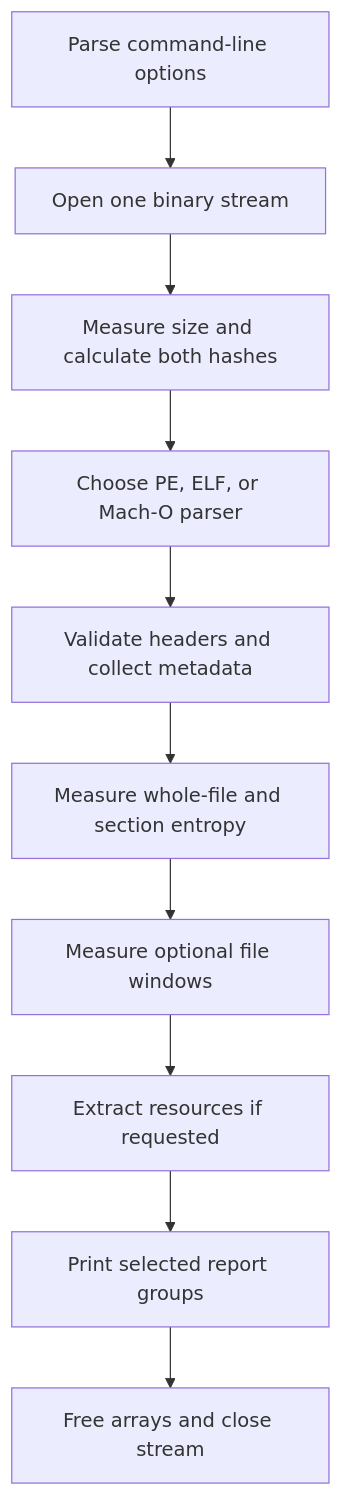
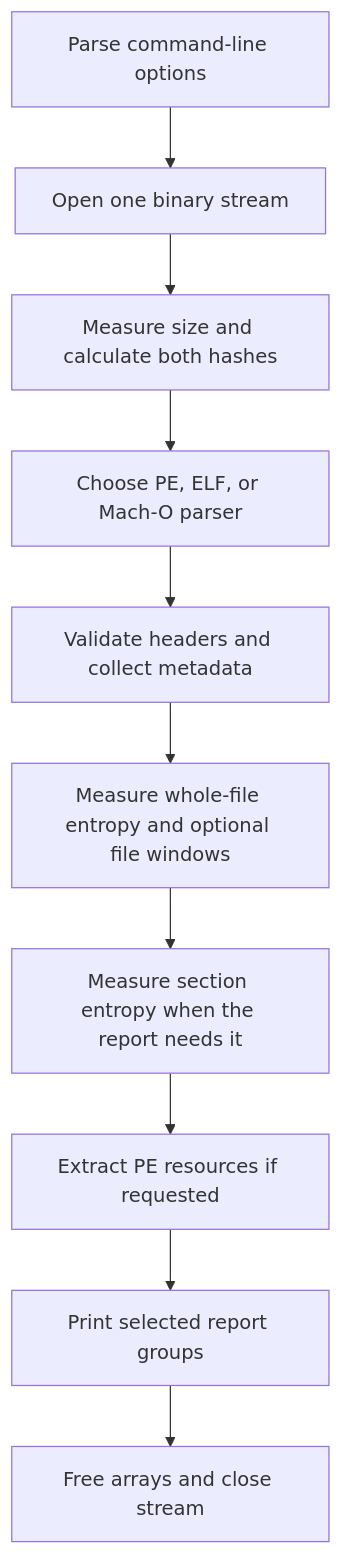
The diagram in docs/SOURCE_GUIDE.md (jerryrw/coffin), drawn with Mermaid before and after one commit. The commit also changed other lines of this file and 4 other files, not shown here.

````diff
--- a/docs/SOURCE_GUIDE.md
+++ b/docs/SOURCE_GUIDE.md
@@ -41,12 +41,12 @@
 ```mermaid
 flowchart TD
     A[Parse command-line options] --> B[Open one binary stream]
     B --> C[Measure size and calculate both hashes]
     C --> D[Choose PE, ELF, or Mach-O parser]
     D --> E[Validate headers and collect metadata]
-    E --> F[Measure whole-file and section entropy]
-    F --> G[Measure optional file windows]
-    G --> H[Extract resources if requested]
+    E --> F[Measure whole-file entropy and optional file windows]
+    F --> G[Measure section entropy when the report needs it]
+    G --> H[Extract PE resources if requested]
     H --> I[Print selected report groups]
     I --> J[Free arrays and close stream]
 ```
````
